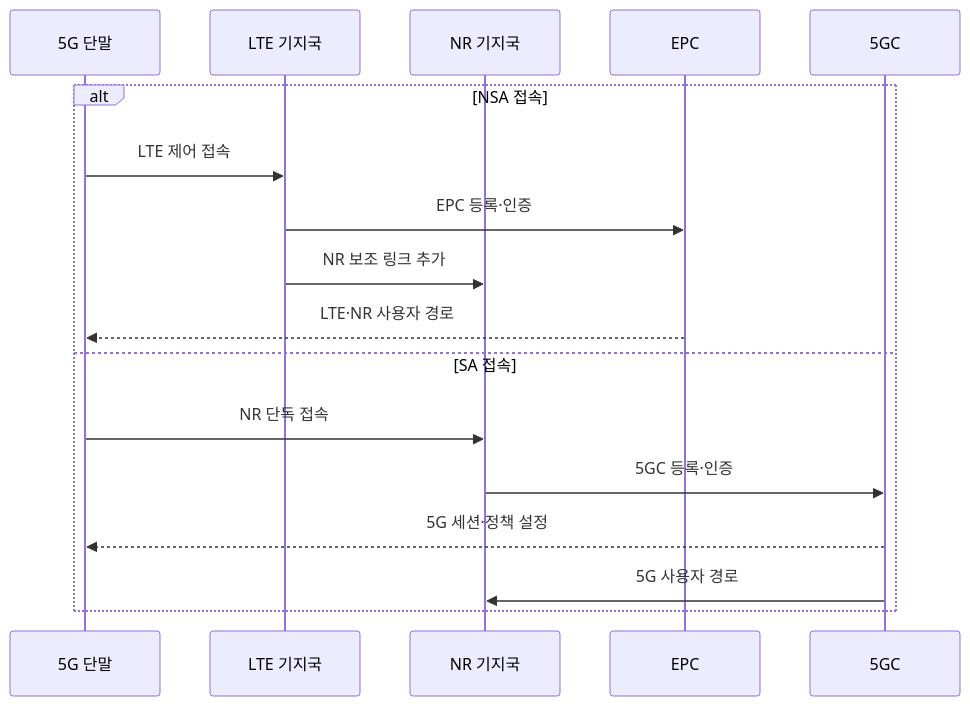
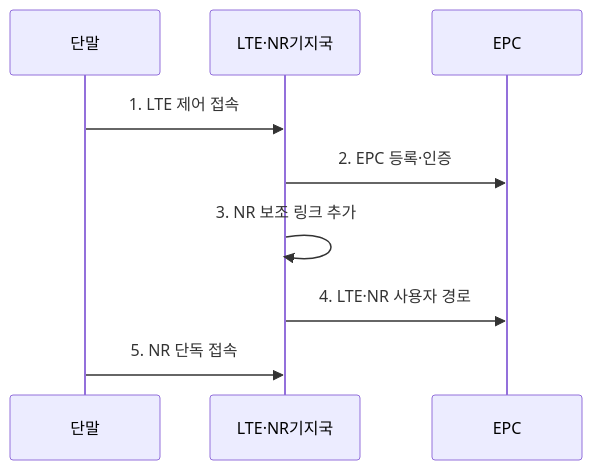
One commit to agnusdei1207/knowledge-base changed the second of 2 diagrams in src/content/docs/notes/04-network/037_5g_sa_nsa.md. Above: the diagram before and after it, drawn with Mermaid. The commit also changed other lines of this file and 20 other files, not shown here.

````diff
--- a/src/content/docs/notes/04-network/037_5g_sa_nsa.md
+++ b/src/content/docs/notes/04-network/037_5g_sa_nsa.md
@@ -83,19 +80,11 @@
 ```mermaid
 sequenceDiagram
-  participant U as 5G 단말
-  participant L as LTE 기지국
-  participant R as NR 기지국
-  participant E as EPC
-  participant C as 5GC
-  alt NSA 접속
-    U->>L: LTE 제어 접속
-    L->>E: EPC 등록·인증
-    L->>R: NR 보조 링크 추가
-    E-->>U: LTE·NR 사용자 경로
-  else SA 접속
-    U->>R: NR 단독 접속
-    R->>C: 5GC 등록·인증
-    C-->>U: 5G 세션·정책 설정
-    C->>R: 5G 사용자 경로
-  end
+    participant 단말
+    participant LTE·NR기지국
+    participant EPC
+    단말->>LTE·NR기지국: 1. LTE 제어 접속
+    LTE·NR기지국->>EPC: 2. EPC 등록·인증
+    LTE·NR기지국->>LTE·NR기지국: 3. NR 보조 링크 추가
+    LTE·NR기지국->>EPC: 4. LTE·NR 사용자 경로
+    단말->>LTE·NR기지국: 5. NR 단독 접속
 ```
````
